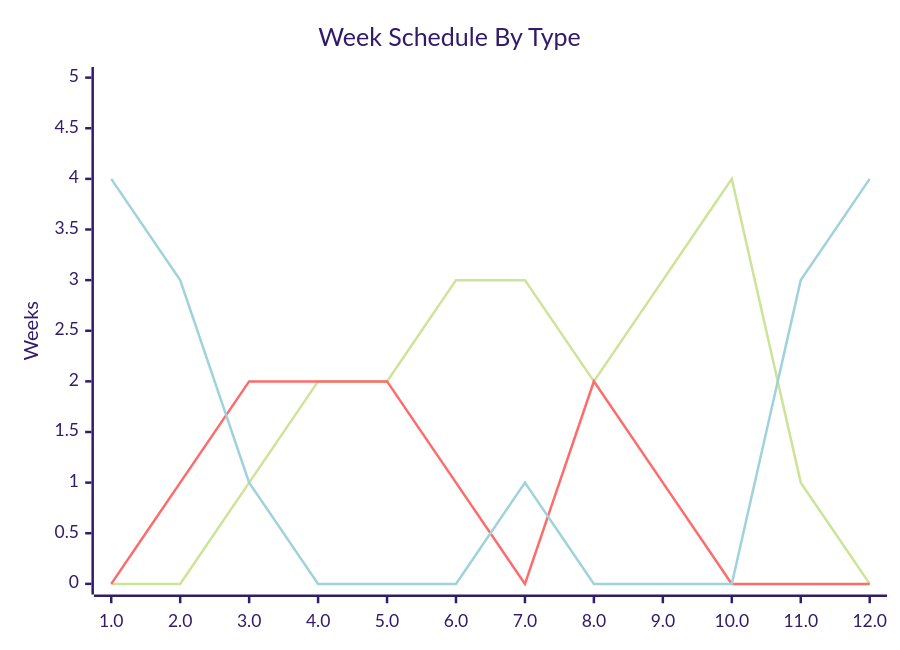
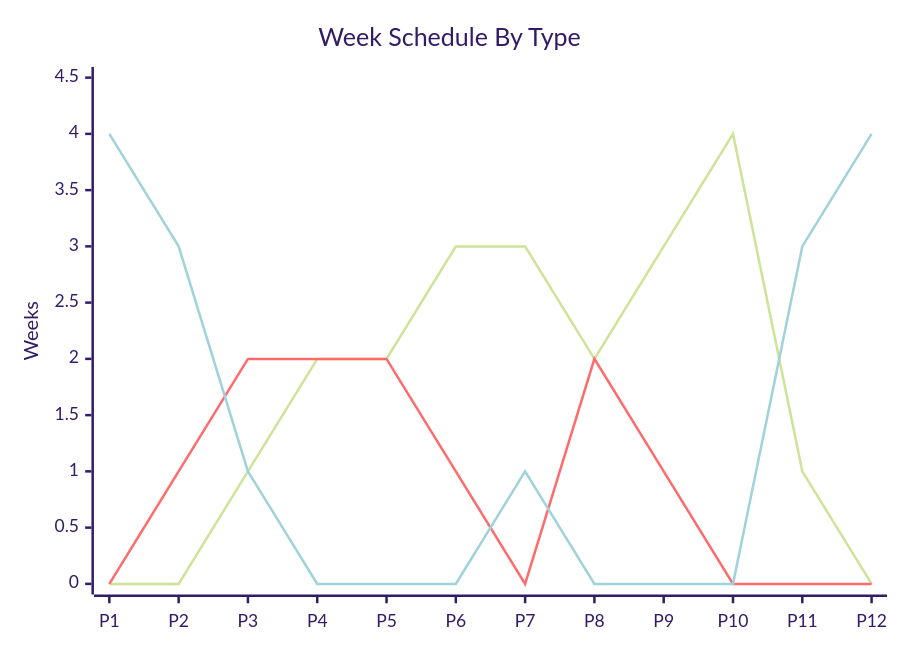
One commit to khalid-talakshi/khalid-talakshi.github.io changed the diagram in src/content/blog/personal-curriculum-2026.md. Above: the diagram before and after it, drawn with Mermaid (forest theme). The commit also changed other lines of this file and 1 other file, not shown here.

````diff
--- a/src/content/blog/personal-curriculum-2026.md
+++ b/src/content/blog/personal-curriculum-2026.md
@@ -28,11 +39,11 @@
 ```mermaid
-xychart
+xychart-beta
     title "Week Schedule By Type"
-    x-axis [1.0, 2.0, 3.0, 4.0, 5.0, 6.0, 7.0, 8.0, 9.0, 10.0, 11.0, 12.0]
-    y-axis "Weeks" 0 --> 5
+    x-axis [P1, P2, P3, P4, P5, P6, P7, P8, P9, P10, P11, P12]
+    y-axis "Weeks" 0 --> 4.5
     line [0, 0, 1, 2, 2, 3, 3, 2, 3, 4, 1, 0]
     line [0, 1, 2, 2, 2, 1, 0, 2, 1, 0, 0, 0]
     line [4, 3, 1, 0, 0, 0, 1, 0, 0, 0, 3, 4]
 
 
 ```
````
